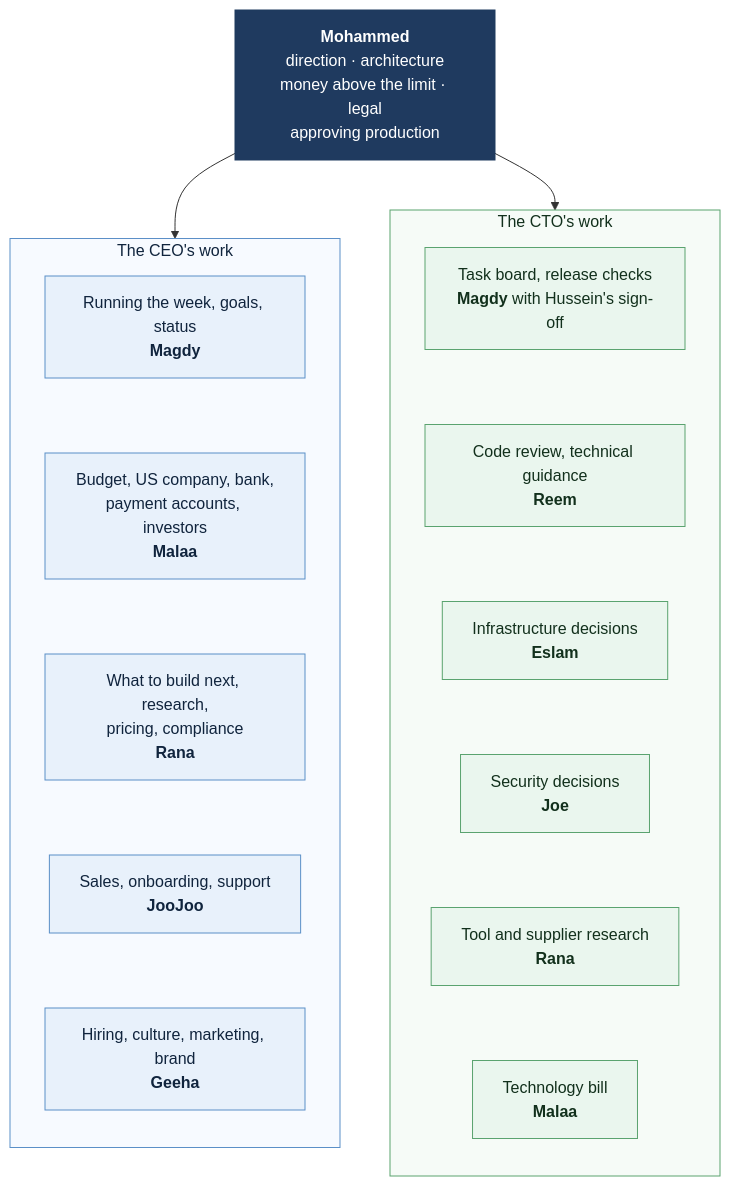
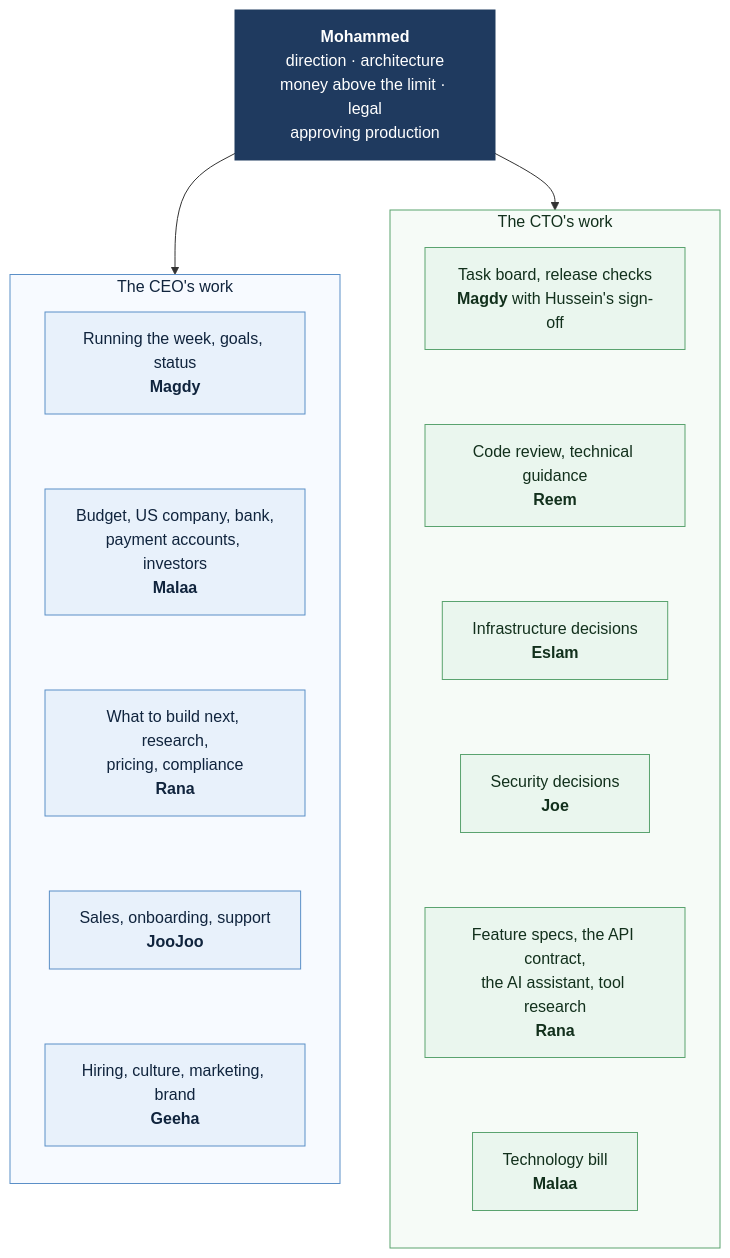
The second of 4 diagrams in docs/team/README.md (Mohammed-HeshamMohammed/Turf), drawn with Mermaid before and after one commit. The commit also changed other lines of this file and 5 other files, not shown here.

````diff
--- a/docs/team/README.md
+++ b/docs/team/README.md
@@ -72,37 +72,37 @@
 ```mermaid
 flowchart TB
     M["<b>Mohammed</b><br/>direction · architecture<br/>money above the limit · legal<br/>approving production"]
 
     subgraph CEOWORK["The CEO's work"]
         direction TB
         W1["Running the week, goals, status<br/><b>Magdy</b>"]
         W2["Budget, US company, bank,<br/>payment accounts, investors<br/><b>Malaa</b>"]
         W3["What to build next, research,<br/>pricing, compliance<br/><b>Rana</b>"]
         W4["Sales, onboarding, support<br/><b>JooJoo</b>"]
         W5["Hiring, culture, marketing, brand<br/><b>Geeha</b>"]
     end
 
     subgraph CTOWORK["The CTO's work"]
         direction TB
         T1["Task board, release checks<br/><b>Magdy</b> with Hussein's sign-off"]
         T2["Code review, technical guidance<br/><b>Reem</b>"]
         T3["Infrastructure decisions<br/><b>Eslam</b>"]
         T4["Security decisions<br/><b>Joe</b>"]
-        T5["Tool and supplier research<br/><b>Rana</b>"]
+        T5["Feature specs, the API contract,<br/>the AI assistant, tool research<br/><b>Rana</b>"]
         T6["Technology bill<br/><b>Malaa</b>"]
     end
 
     W1 ~~~ W2 ~~~ W3 ~~~ W4 ~~~ W5
     T1 ~~~ T2 ~~~ T3 ~~~ T4 ~~~ T5 ~~~ T6
     M --> CEOWORK
     M --> CTOWORK
 
     classDef top fill:#1f3a5f,stroke:#1f3a5f,color:#ffffff
     classDef ceo fill:#e8f1fb,stroke:#5b8fc7,color:#10243d
     classDef cto fill:#eaf6ee,stroke:#5aa36f,color:#12301c
     class M top
     class W1,W2,W3,W4,W5 ceo
     class T1,T2,T3,T4,T5,T6 cto
     style CEOWORK fill:#f7faff,stroke:#5b8fc7,color:#10243d
     style CTOWORK fill:#f6fbf7,stroke:#5aa36f,color:#12301c
 ```
````
